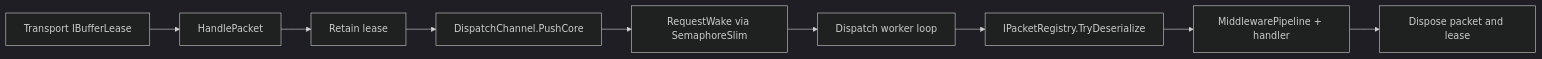
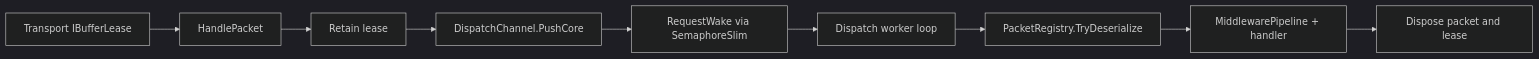
The diagram in docs/api/runtime/routing/packet-dispatch.md (ppn-systems/Nalix), drawn with Mermaid (dark theme) before and after one commit. The commit also changed other lines of this file and 57 other files, not shown here.

````diff
--- a/docs/api/runtime/routing/packet-dispatch.md
+++ b/docs/api/runtime/routing/packet-dispatch.md
@@ -17,11 +17,11 @@
 ```mermaid
 flowchart LR
     A["Transport IBufferLease"] --> B["HandlePacket"]
     B --> C["Retain lease"]
     C --> D["DispatchChannel.PushCore"]
     D --> E["RequestWake via SemaphoreSlim"]
     E --> F["Dispatch worker loop"]
-    F --> G["IPacketRegistry.TryDeserialize"]
+    F --> G["PacketRegistry.TryDeserialize"]
     G --> H["MiddlewarePipeline + handler"]
     H --> I["Dispose packet and lease"]
 ```
````
